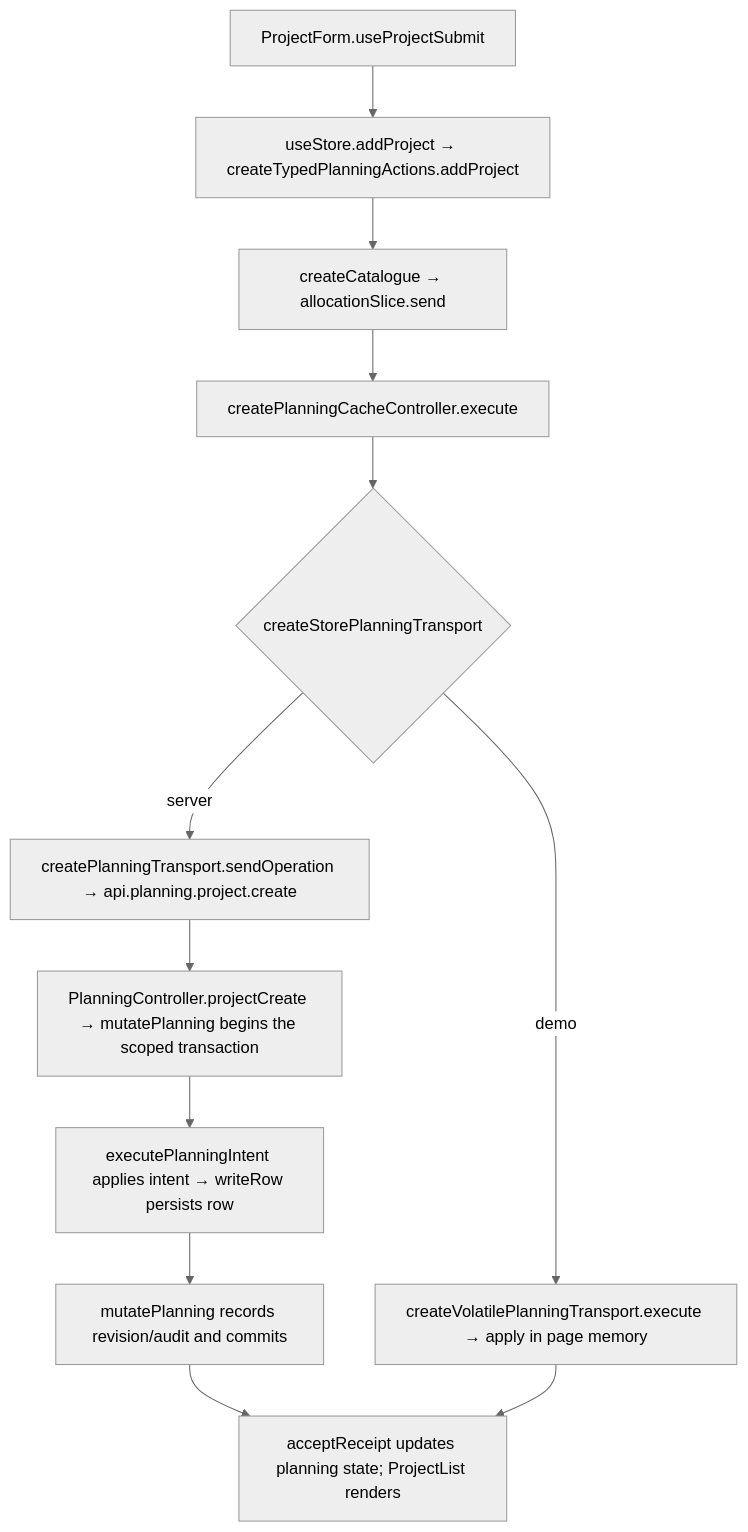
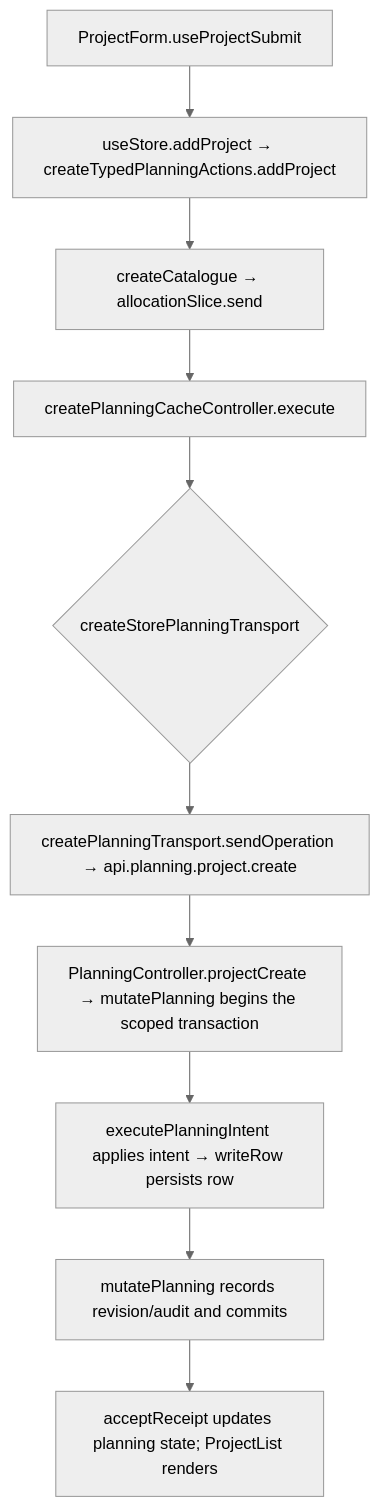
The second of 2 diagrams in user-stories/projects/US-PRJ-01-add-project.md (Kevinjohn/capacitylens), drawn with Mermaid (neutral theme) before and after one commit. The commit also changed other lines of this file and 343 other files, not shown here.

Commit message:
feat: use server-owned company planning and a disposable development demo

````diff
--- a/user-stories/projects/US-PRJ-01-add-project.md
+++ b/user-stories/projects/US-PRJ-01-add-project.md
@@ -37,9 +37,8 @@
 ```mermaid
 flowchart TD
   A["ProjectForm.useProjectSubmit"] --> B["useStore.addProject → createTypedPlanningActions.addProject"]
   B --> C["createCatalogue → allocationSlice.send"]
   C --> D["createPlanningCacheController.execute"] --> E{"createStorePlanningTransport"}
-  E -->|server| F["createPlanningTransport.sendOperation → api.planning.project.create"] --> G["PlanningController.projectCreate → mutatePlanning begins the scoped transaction"]
+  E --> F["createPlanningTransport.sendOperation → api.planning.project.create"] --> G["PlanningController.projectCreate → mutatePlanning begins the scoped transaction"]
   G --> H["executePlanningIntent applies intent → writeRow persists row"] --> K["mutatePlanning records revision/audit and commits"] --> J["acceptReceipt updates planning state; ProjectList renders"]
-  E -->|demo| I["createVolatilePlanningTransport.execute → apply in page memory"] --> J
 ```
````
